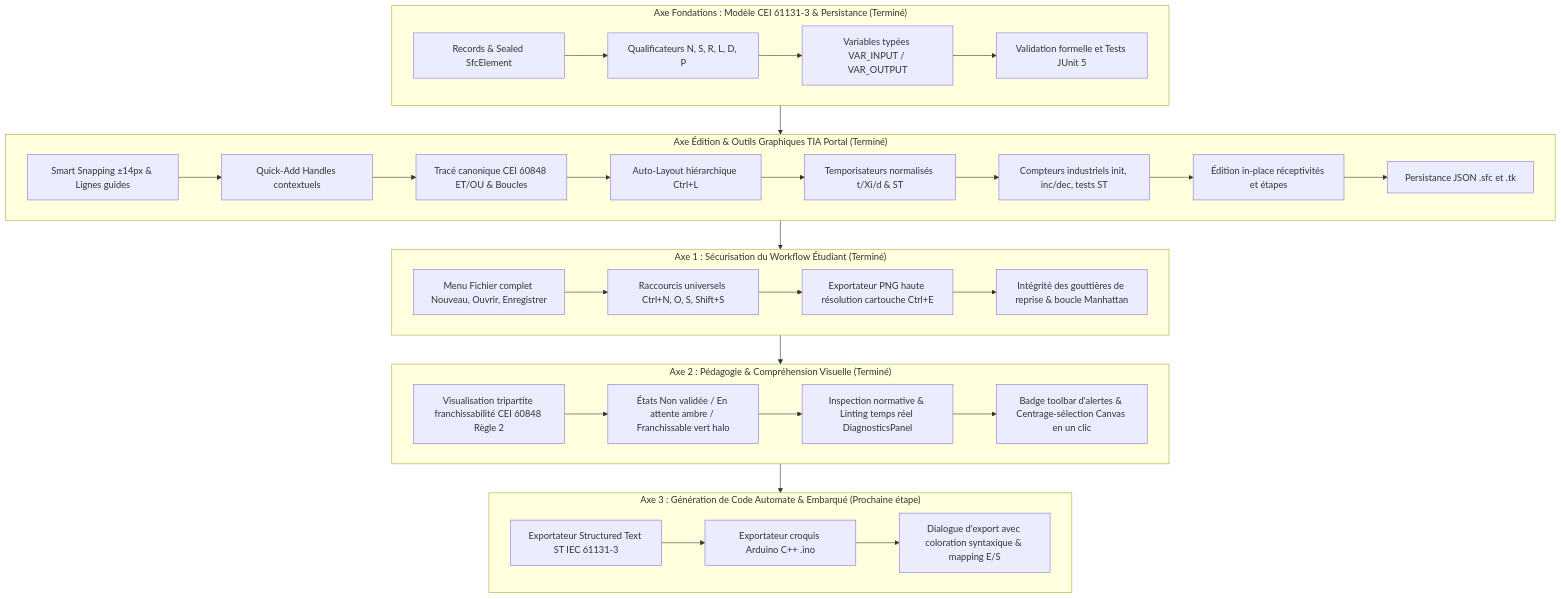
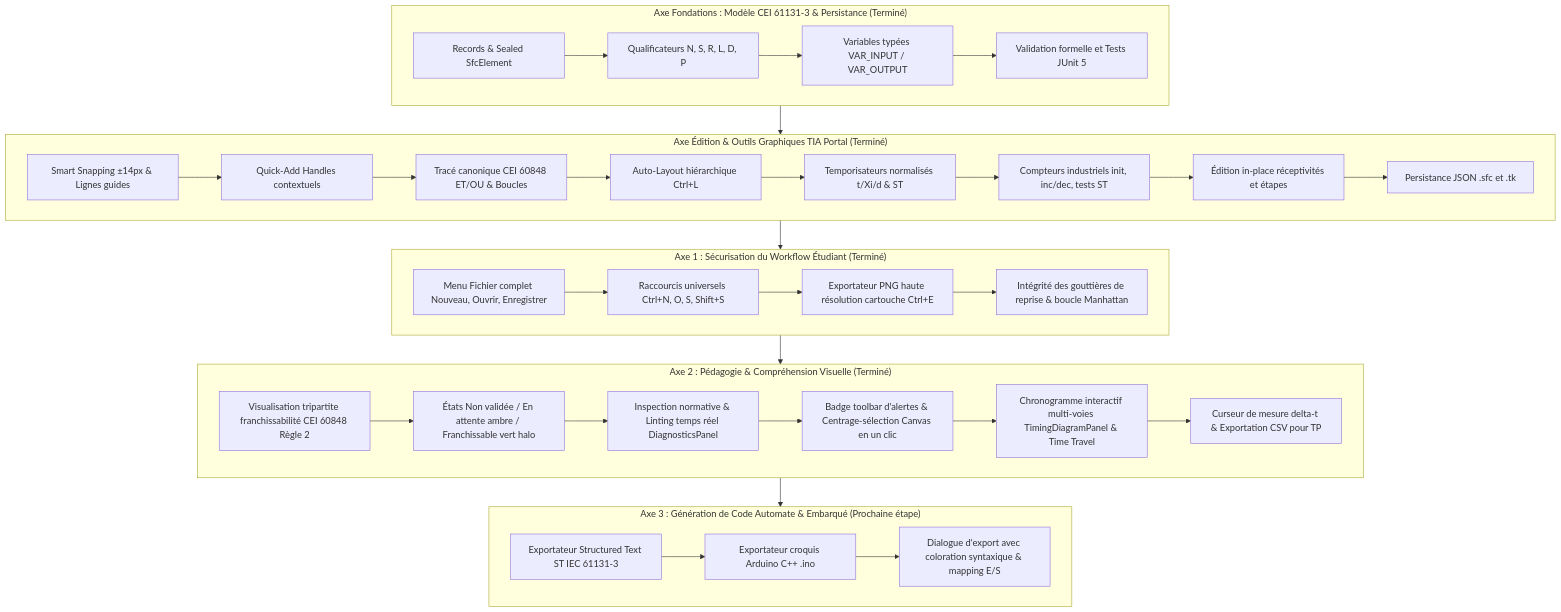
The diagram in AGENTS.md (TAHRI-Khalid/Grafino), drawn with Mermaid before and after one commit. The commit also changed other lines of this file and 7 other files, not shown here.

Commit message:
feat(timing): chronogramme interactif multi-voies, analyseur logique et Time Travel

````diff
--- a/AGENTS.md
+++ b/AGENTS.md
@@ -272,40 +282,42 @@
 ```mermaid
 flowchart TD
     subgraph Etape1 ["Axe Fondations : Modèle CEI 61131-3 & Persistance (Terminé)"]
         A1[Records & Sealed SfcElement] --> A2[Qualificateurs N, S, R, L, D, P]
         A2 --> A3[Variables typées VAR_INPUT / VAR_OUTPUT]
         A3 --> A4[Validation formelle et Tests JUnit 5]
     end
 
     subgraph Etape2 ["Axe Édition & Outils Graphiques TIA Portal (Terminé)"]
         B1[Smart Snapping ±14px & Lignes guides] --> B2[Quick-Add Handles contextuels]
         B2 --> B3[Tracé canonique CEI 60848 ET/OU & Boucles]
         B3 --> B4[Auto-Layout hiérarchique Ctrl+L]
         B4 --> B5[Temporisateurs normalisés t/Xi/d & ST]
         B5 --> B6[Compteurs industriels init, inc/dec, tests ST]
         B6 --> B7[Édition in-place réceptivités et étapes]
         B7 --> B8[Persistance JSON .sfc et .tk]
     end
 
     subgraph Etape3 ["Axe 1 : Sécurisation du Workflow Étudiant (Terminé)"]
         C1[Menu Fichier complet Nouveau, Ouvrir, Enregistrer] --> C2[Raccourcis universels Ctrl+N, O, S, Shift+S]
         C2 --> C3[Exportateur PNG haute résolution cartouche Ctrl+E]
         C3 --> C4[Intégrité des gouttières de reprise & boucle Manhattan]
     end
 
     subgraph Etape4 ["Axe 2 : Pédagogie & Compréhension Visuelle (Terminé)"]
         D1[Visualisation tripartite franchissabilité CEI 60848 Règle 2] --> D2[États Non validée / En attente ambre / Franchissable vert halo]
         D2 --> D3[Inspection normative & Linting temps réel DiagnosticsPanel]
         D3 --> D4[Badge toolbar d'alertes & Centrage-sélection Canvas en un clic]
+        D4 --> D5[Chronogramme interactif multi-voies TimingDiagramPanel & Time Travel]
+        D5 --> D6[Curseur de mesure delta-t & Exportation CSV pour TP]
     end
 
     subgraph Etape5 ["Axe 3 : Génération de Code Automate & Embarqué (Prochaine étape)"]
         E1[Exportateur Structured Text ST IEC 61131-3] --> E2[Exportateur croquis Arduino C++ .ino]
         E2 --> E3[Dialogue d'export avec coloration syntaxique & mapping E/S]
     end
 
     Etape1 --> Etape2
     Etape2 --> Etape3
     Etape3 --> Etape4
     Etape4 --> Etape5
 ```
````
